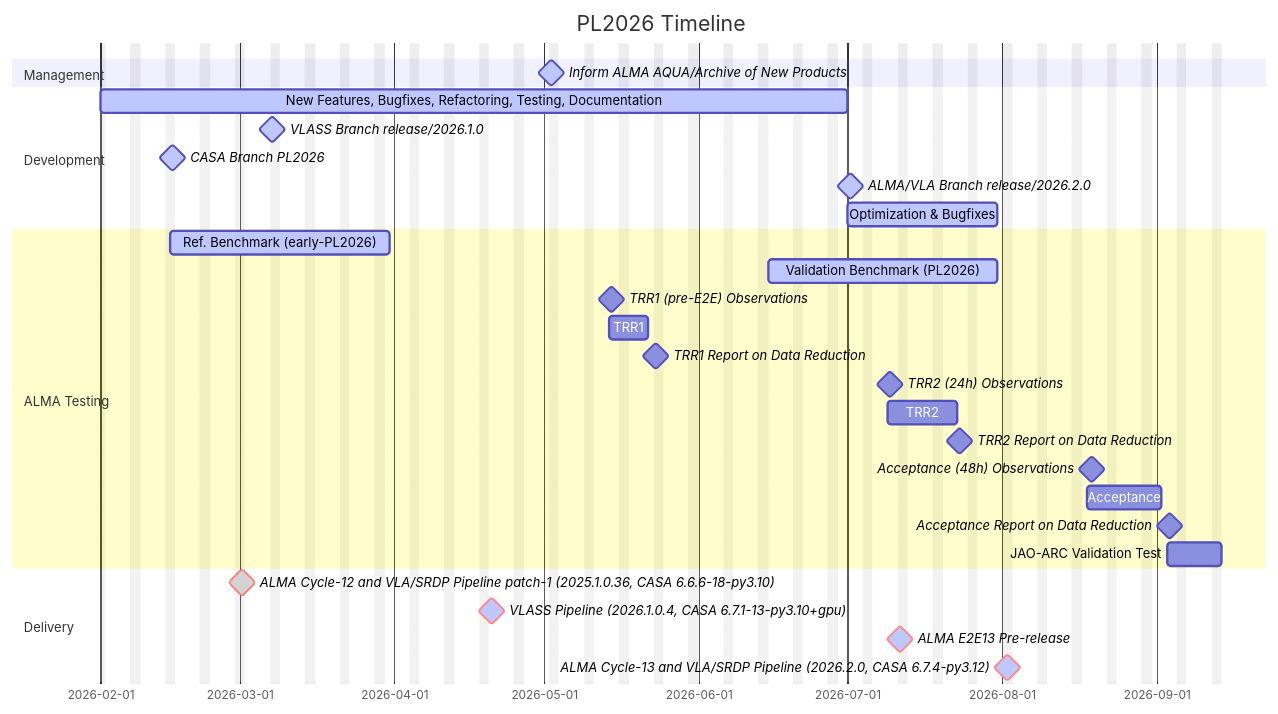
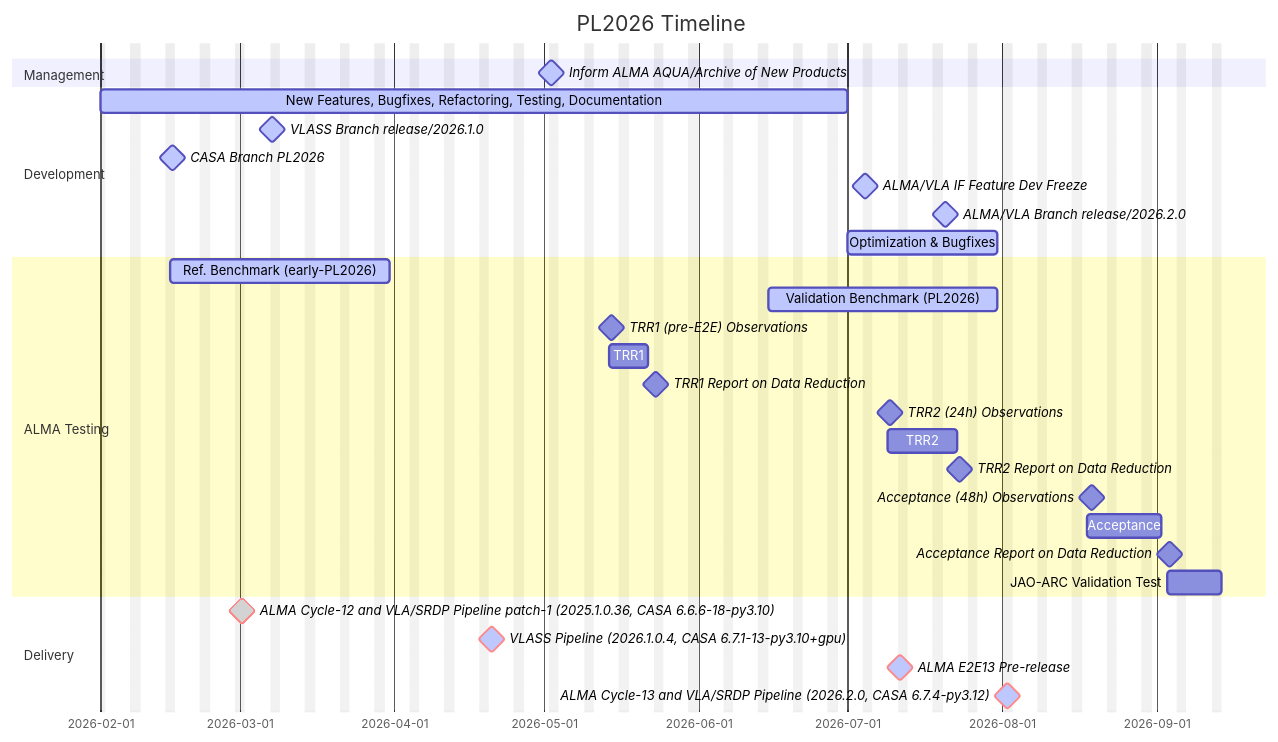
Before and after one commit to r-xue/pipeline: the first of 2 diagrams in docs/source/timeline.md, drawn with Mermaid. The commit also changed other lines of this file and 1 other file, not shown here.

Commit message:
PIPE-2738: Update release and timeline documentation for `release/2026.2.0`

````diff
--- a/docs/source/timeline.md
+++ b/docs/source/timeline.md
@@ -7,43 +7,43 @@
 ```mermaid
 gantt
     title PL2026 Timeline
     dateFormat  YYYY-MM-DD
     tickInterval 1month
     excludes weekends
 
     section Management
     %% Stakeholder Planning & Prioritization       :active, des1, 2025-10-01, 2025-12-31
     %% Team F2F Meeting, Charlottesville, VA       :active,       2025-10-13, 5d
     Inform ALMA AQUA/Archive of New Products    :active, milestone, 2026-05-01, 1d
 
     section Development
     New Features, Bugfixes, Refactoring, Testing, Documentation :active,       2026-02-01, 2026-07-01
     %% VLASS Feature Dev Complete            :active, milestone, 2026-02-01, 1d
     VLASS Branch release/2026.1.0         :active, milestone, 2026-03-06, 1d
     CASA Branch PL2026                    :active, milestone, 2026-02-15, 1d
-    %% ALMA/VLA Feature Dev Complete         :active, milestone, 2026-07-01, 1d
-    ALMA/VLA Branch release/2026.2.0      :active, milestone, 2026-07-01, 1d
+    ALMA/VLA IF Feature Dev Freeze        :active, milestone, 2026-07-03, 1d
+    ALMA/VLA Branch release/2026.2.0      :active, milestone, 2026-07-20, 1d
     Optimization & Bugfixes               :active, 2026-07-01, 2026-07-31
 
     section ALMA Testing
     %% Ref. Benchmark (late-PL2025)         :active, 2025-10-01, 2025-11-15
     Ref. Benchmark (early-PL2026)        :active, 2026-02-15, 2026-03-31
     Validation Benchmark (PL2026)        :active, 2026-06-15, 2026-07-31
     TRR1 (pre-E2E) Observations          :milestone, 2026-05-14, 1d
     TRR1                                 :test1, 2026-05-14, 2026-05-22
     TRR1 Report on Data Reduction        :milestone, 2026-05-22, 1d
     TRR2 (24h) Observations              :milestone, 2026-07-09, 1d
     TRR2                                 :test2, 2026-07-09, 2026-07-23
     TRR2 Report on Data Reduction        :milestone, 2026-07-23, 1d
     Acceptance (48h) Observations        :milestone, 2026-08-18, 2d
     Acceptance                           :test3, 2026-08-18, 2026-09-02
     Acceptance Report on Data Reduction  :milestone, 2026-09-03, 1d
     JAO-ARC Validation Test              :test4, 2026-09-03, 2026-09-14
 
     section Delivery
     %% ALMA Cycle-12 and VLA/SRDP Pipeline (2025.1.0.35, CASA 6.6.6-17-py3.10)  :done, crit, milestone, 2025-10-01, 1d  
     ALMA Cycle-12 and VLA/SRDP Pipeline patch-1 (2025.1.0.36, CASA 6.6.6-18-py3.10)  :done, crit, milestone, 2026-03-01, 1d      
     VLASS Pipeline (2026.1.0.4, CASA 6.7.1-13-py3.10+gpu)             :active, crit, milestone, 2026-04-20, 1d
     ALMA E2E13 Pre-release                :active, crit, milestone, 2026-07-10, 1d
     ALMA Cycle-13 and VLA/SRDP Pipeline (2026.2.0, CASA 6.7.4-py3.12)     :active, crit, milestone, 2026-08-01, 1d
 ```
````
